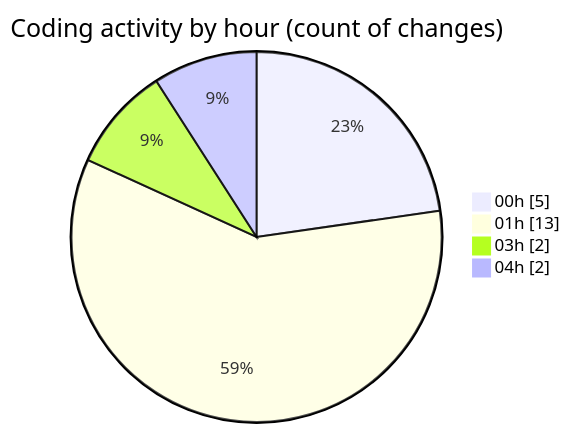
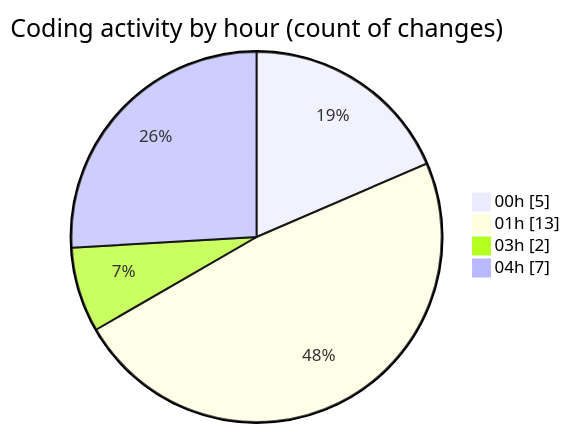
The second of 2 diagrams in 2026-02-27/shadcn-admin-kit-main__workspace_/README.md (jadenblack/code-tracking), drawn with Mermaid before and after one commit. The commit also changed other lines of this file and 1 other file, not shown here.

````diff
--- a/2026-02-27/shadcn-admin-kit-main__workspace_/README.md
+++ b/2026-02-27/shadcn-admin-kit-main__workspace_/README.md
@@ -36,8 +40,8 @@
 ```mermaid
 pie showData
 title Coding activity by hour (count of changes)
 "00h" : 5
 "01h" : 13
 "03h" : 2
-"04h" : 2
+"04h" : 7
 ```
````
